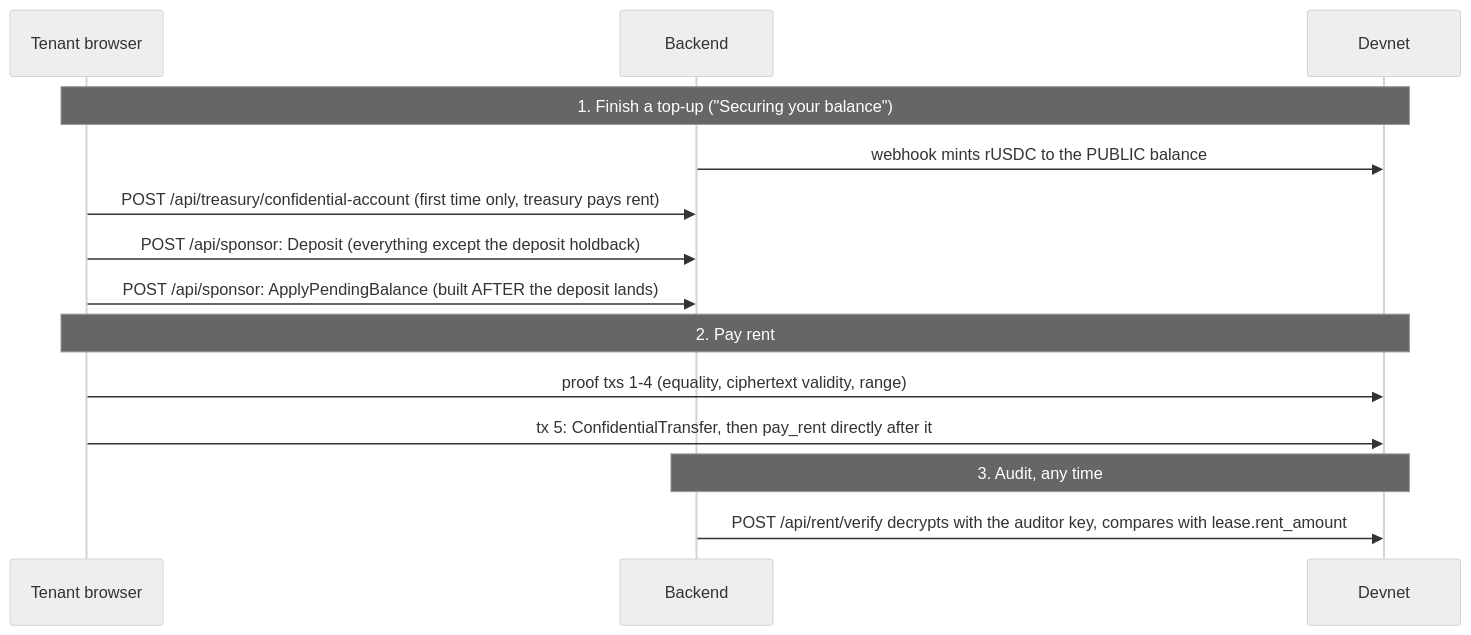
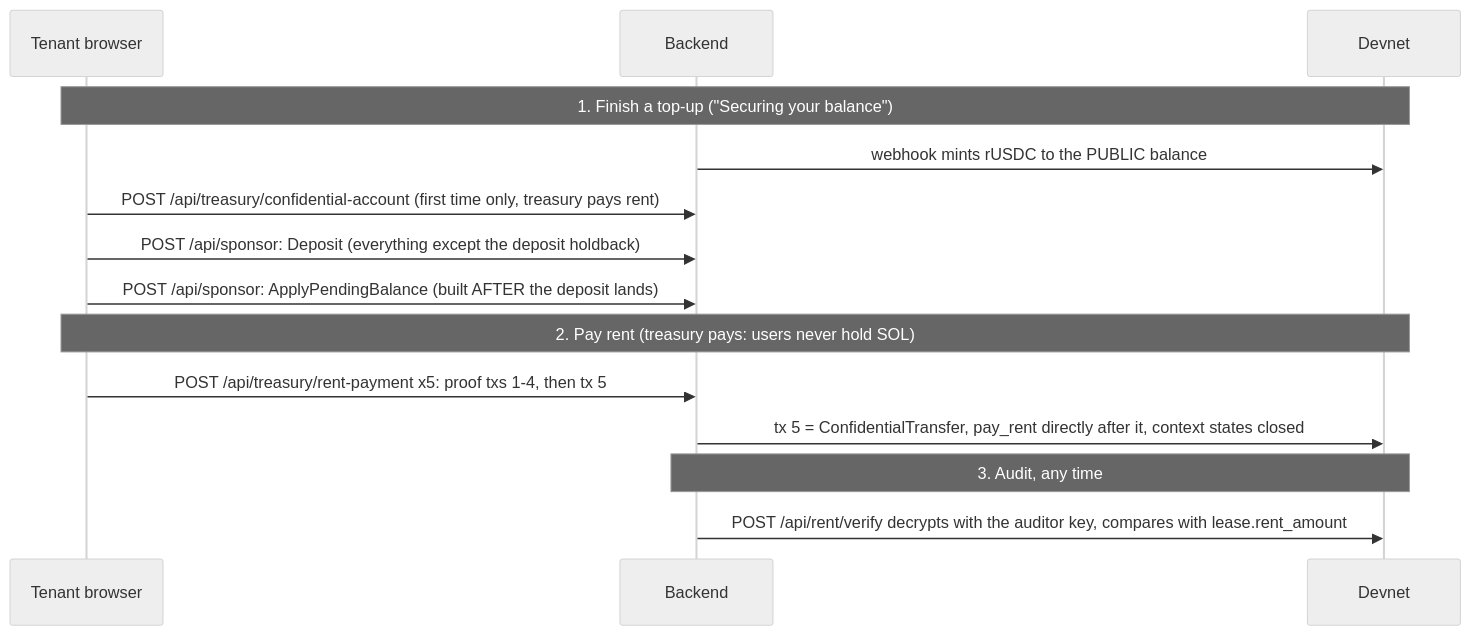
The diagram in docs/contracts/pay.md (usereri/relstate), drawn with Mermaid (neutral theme) before and after one commit. The commit also changed other lines of this file and 1 other file, not shown here.

Commit message:
Document the treasury rent routes, rent dust and their residual risks

````diff
--- a/docs/contracts/pay.md
+++ b/docs/contracts/pay.md
@@ -9,16 +9,16 @@
 ```mermaid
 sequenceDiagram
   participant T as Tenant browser
   participant B as Backend
   participant C as Devnet
   Note over T,C: 1. Finish a top-up ("Securing your balance")
   B->>C: webhook mints rUSDC to the PUBLIC balance
   T->>B: POST /api/treasury/confidential-account (first time only, treasury pays rent)
   T->>B: POST /api/sponsor: Deposit (everything except the deposit holdback)
   T->>B: POST /api/sponsor: ApplyPendingBalance (built AFTER the deposit lands)
-  Note over T,C: 2. Pay rent
-  T->>C: proof txs 1-4 (equality, ciphertext validity, range)
-  T->>C: tx 5: ConfidentialTransfer, then pay_rent directly after it
+  Note over T,C: 2. Pay rent (treasury pays: users never hold SOL)
+  T->>B: POST /api/treasury/rent-payment x5: proof txs 1-4, then tx 5
+  B->>C: tx 5 = ConfidentialTransfer, pay_rent directly after it, context states closed
   Note over B,C: 3. Audit, any time
   B->>C: POST /api/rent/verify decrypts with the auditor key, compares with lease.rent_amount
 ```
````
